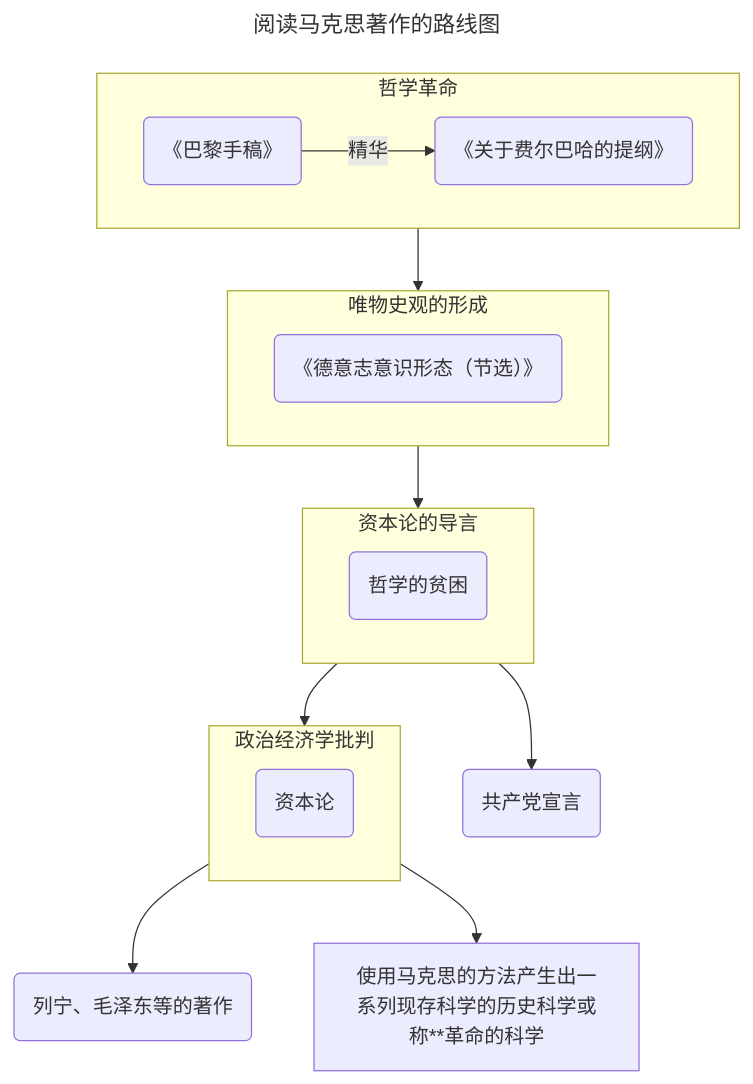
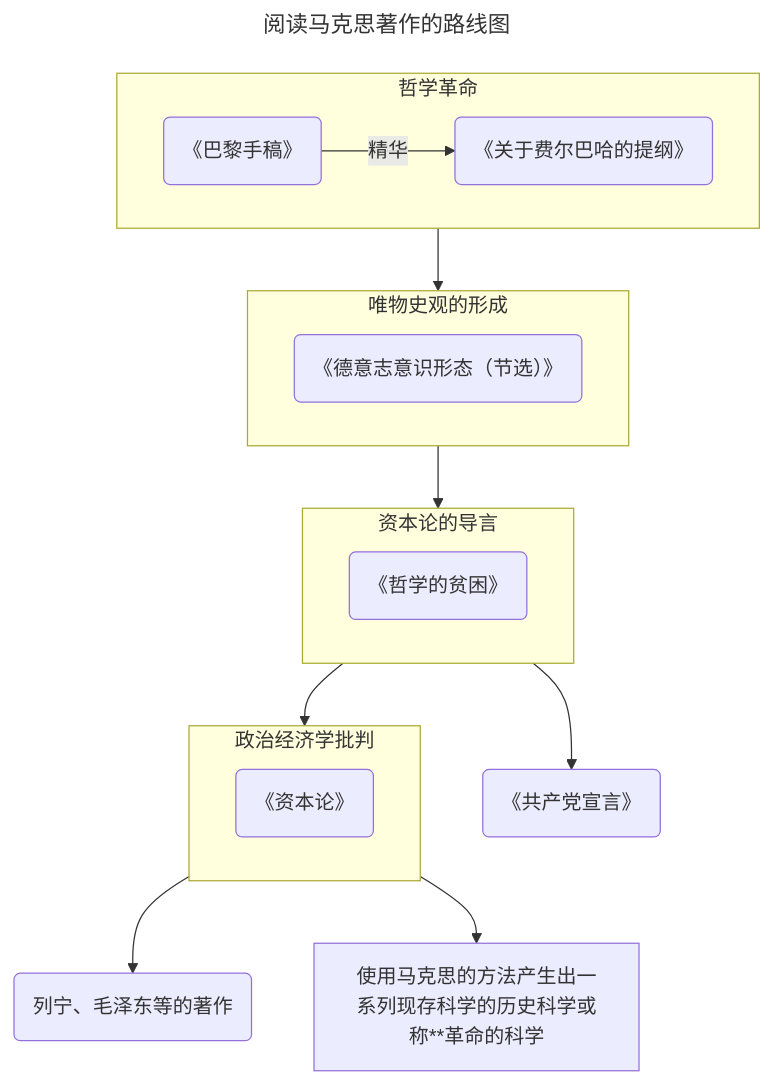
One commit to rainsins/rainsins.github.io changed the diagram in _posts/2024-08-07-marx.md. Above: the diagram before and after it, drawn with Mermaid. The commit also changed 1 other file, not shown here.

Commit message:
update mermaid->dark

````diff
--- a/_posts/2024-08-07-marx.md
+++ b/_posts/2024-08-07-marx.md
@@ -96,24 +96,24 @@
 ```mermaid
 ---
 title: 阅读马克思著作的路线图
 ---
 
 flowchart
     subgraph 哲学革命
     V(《巴黎手稿》) -->|精华| C(《关于费尔巴哈的提纲》)
     end
     subgraph 唯物史观的形成
     E(《德意志意识形态（节选）》)
     end
     subgraph 资本论的导言
-    F(哲学的贫困)
+    F(《哲学的贫困》)
     end
     subgraph 政治经济学批判
-    I(资本论)
+    I(《资本论》)
     end
-    H(共产党宣言)
+    H(《共产党宣言》)
     哲学革命 --> 唯物史观的形成 --> 资本论的导言--> 政治经济学批判
     资本论的导言 --> H
     政治经济学批判 --> N(列宁、毛泽东等的著作)
     政治经济学批判 --> J[使用马克思的方法产生出一系列现存科学的历史科学或称**革命的科学]
 ```
````
